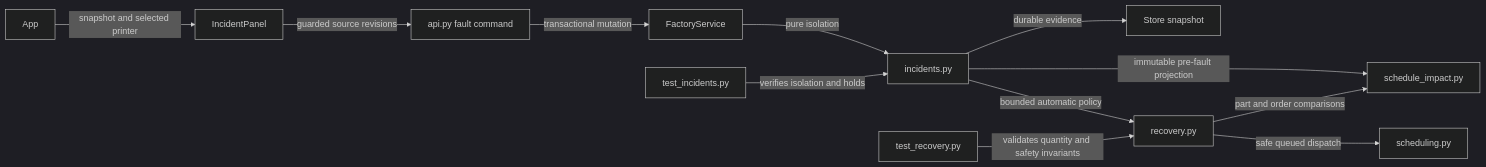
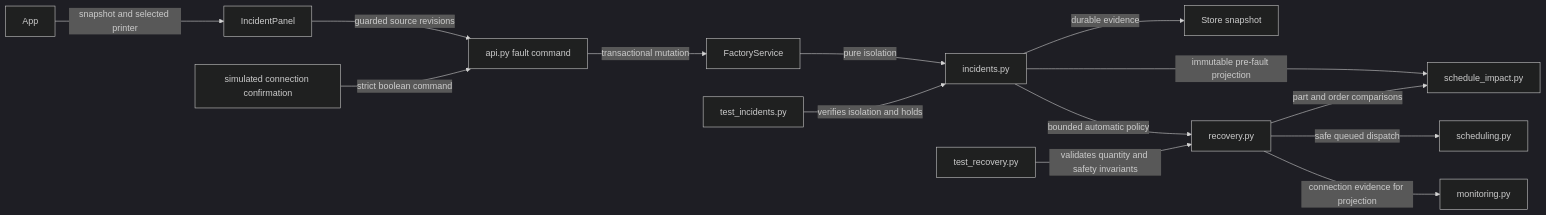
Diagram 14 of 14 in docs/code-map.md (DuztyMusketear/Print_Assist), drawn with Mermaid (dark theme) before and after one commit. The commit also changed other lines of this file and 22 other files, not shown here.

````diff
--- a/docs/code-map.md
+++ b/docs/code-map.md
@@ -573,14 +593,16 @@
 ```mermaid
 graph LR
     FaultAPI[api.py fault command] -->|transactional mutation| FaultService[FactoryService]
     FaultService -->|pure isolation| Incidents[incidents.py]
     Incidents -->|durable evidence| FaultStore[Store snapshot]
     Incidents -->|immutable pre-fault projection| Impact[schedule_impact.py]
     Incidents -->|bounded automatic policy| Recovery[recovery.py]
     Recovery -->|safe queued dispatch| Scheduler[scheduling.py]
     Recovery -->|part and order comparisons| Impact
     Panel[IncidentPanel] -->|guarded source revisions| FaultAPI
+    PrinterSignal[simulated connection confirmation] -->|strict boolean command| FaultAPI
+    Recovery -->|connection evidence for projection| FaultMonitoring[monitoring.py]
     App -->|snapshot and selected printer| Panel
     RecoveryTests[test_recovery.py] -->|validates quantity and safety invariants| Recovery
     IncidentTests[test_incidents.py] -->|verifies isolation and holds| Incidents
 ```
````
